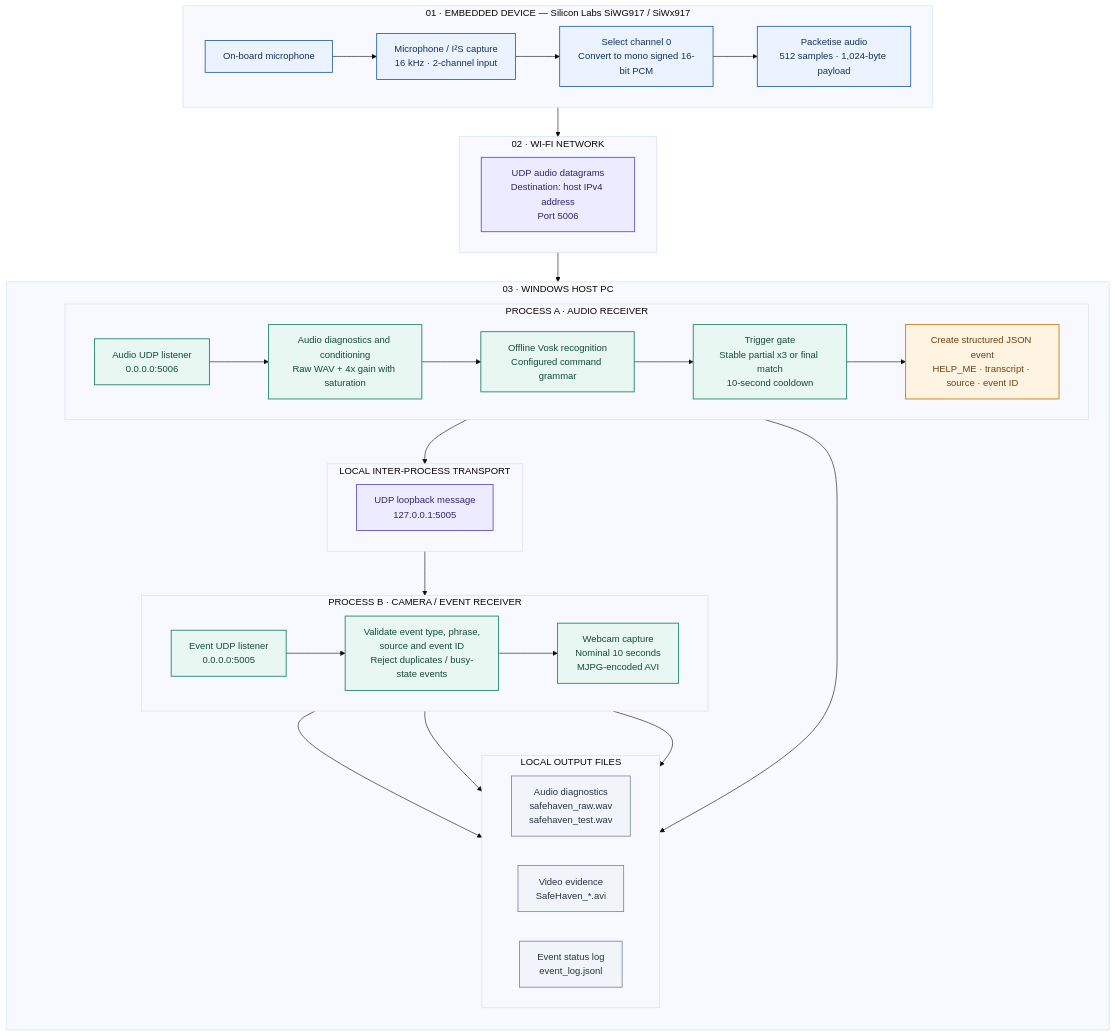
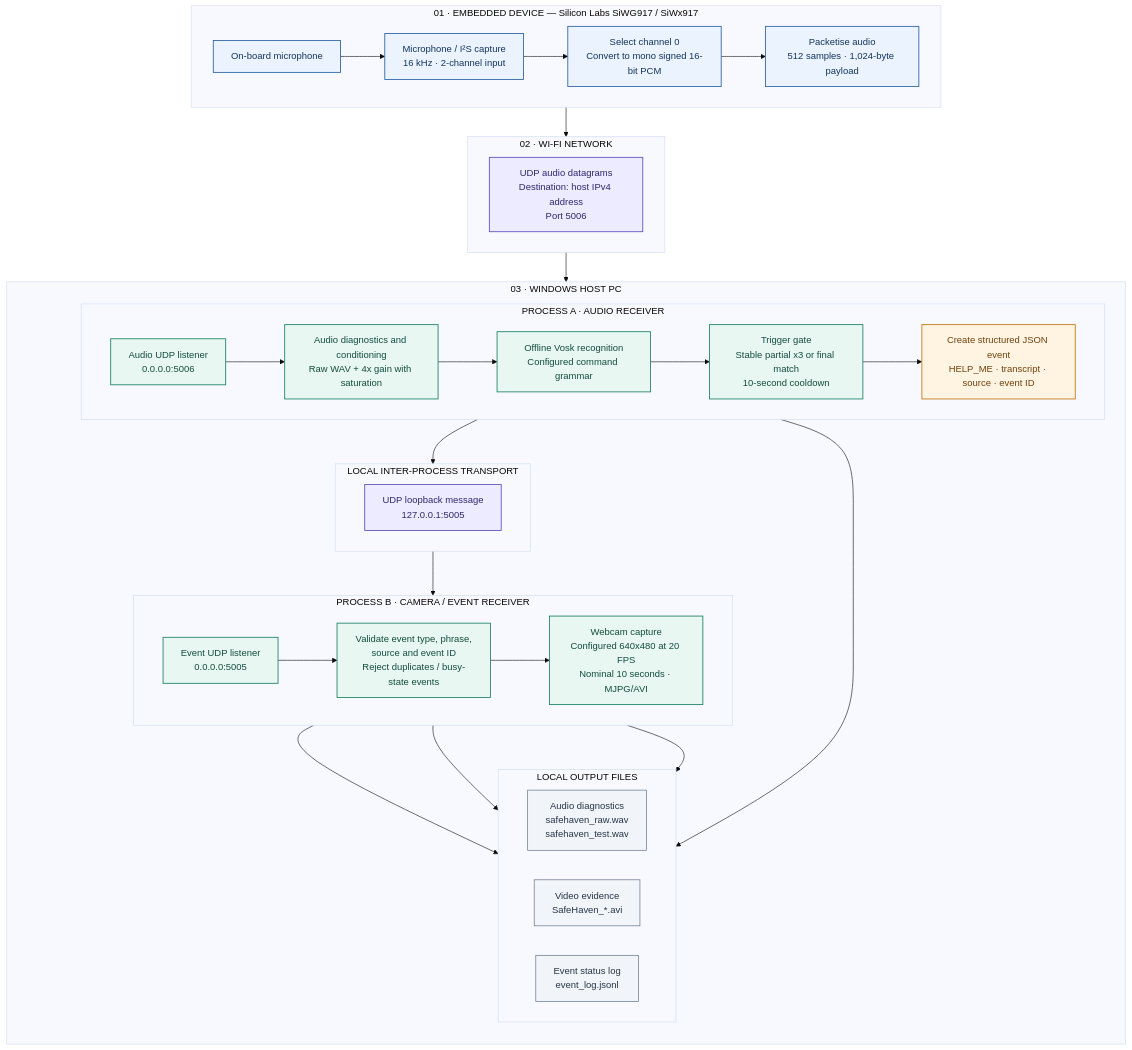
One commit to muralikrishnapalisetti/SiWG917-SafeHaven changed the first of 2 diagrams in README.md. Above: the diagram before and after it, drawn with Mermaid (base theme). The commit also changed other lines of this file, not shown here.

Commit message:
docs: refine trigger flow and architecture navigation

````diff
--- a/README.md
+++ b/README.md
@@ -140,65 +146,65 @@
 ```mermaid
 flowchart TB
     subgraph DEVICE["01 · EMBEDDED DEVICE — Silicon Labs SiWG917 / SiWx917"]
         direction LR
         MIC["On-board microphone"]
         CAP["Microphone / I²S capture<br/>16 kHz · 2-channel input"]
         PCM["Select channel 0<br/>Convert to mono signed 16-bit PCM"]
         PACK["Packetise audio<br/>512 samples · 1,024-byte payload"]
         MIC --> CAP --> PCM --> PACK
     end
 
     subgraph NETWORK["02 · WI-FI NETWORK"]
         direction LR
         UDP_AUDIO["UDP audio datagrams<br/>Destination: host IPv4 address<br/>Port 5006"]
     end
 
     subgraph HOST["03 · WINDOWS HOST PC"]
         direction TB
         subgraph AUDIO["PROCESS A · AUDIO RECEIVER"]
             direction LR
             RX["Audio UDP listener<br/>0.0.0.0:5006"]
             CONDITION["Audio diagnostics and conditioning<br/>Raw WAV + 4x gain with saturation"]
             RECOGNISE["Offline Vosk recognition<br/>Configured command grammar"]
             GATE["Trigger gate<br/>Stable partial x3 or final match<br/>10-second cooldown"]
             EVENT["Create structured JSON event<br/>HELP_ME · transcript · source · event ID"]
             RX --> CONDITION --> RECOGNISE --> GATE --> EVENT
         end
         subgraph IPC["LOCAL INTER-PROCESS TRANSPORT"]
             direction LR
             LOOPBACK["UDP loopback message<br/>127.0.0.1:5005"]
         end
         subgraph CAMERA["PROCESS B · CAMERA / EVENT RECEIVER"]
             direction LR
             EVENT_RX["Event UDP listener<br/>0.0.0.0:5005"]
             VALIDATE["Validate event type, phrase,<br/>source and event ID<br/>Reject duplicates / busy-state events"]
-            CAPTURE["Webcam capture<br/>Nominal 10 seconds<br/>MJPG-encoded AVI"]
+            CAPTURE["Webcam capture<br/>Configured 640x480 at 20 FPS<br/>Nominal 10 seconds · MJPG/AVI"]
             EVENT_RX --> VALIDATE --> CAPTURE
         end
         subgraph OUTPUTS["LOCAL OUTPUT FILES"]
             direction LR
             WAVS["Audio diagnostics<br/>safehaven_raw.wav<br/>safehaven_test.wav"]
             VIDEO["Video evidence<br/>SafeHaven_*.avi"]
             LOG["Event status log<br/>event_log.jsonl"]
         end
         EVENT --> LOOPBACK --> EVENT_RX
         CONDITION --> WAVS
         CAPTURE --> VIDEO
         VALIDATE --> LOG
         CAPTURE --> LOG
     end
 
     PACK --> UDP_AUDIO --> RX
 
     classDef device fill:#EAF3FF,stroke:#3167A8,color:#14345B,stroke-width:1.5px;
     classDef transport fill:#EDEBFF,stroke:#6554C0,color:#30256F,stroke-width:1.5px;
     classDef process fill:#E8F7F1,stroke:#23866A,color:#124C3D,stroke-width:1.5px;
     classDef event fill:#FFF3E1,stroke:#C47A1A,color:#70420D,stroke-width:1.5px;
     classDef output fill:#F1F4F8,stroke:#68778D,color:#263548,stroke-width:1.2px;
 
     class MIC,CAP,PCM,PACK device;
     class UDP_AUDIO,LOOPBACK transport;
     class RX,CONDITION,RECOGNISE,GATE,EVENT_RX,VALIDATE,CAPTURE process;
     class EVENT event;
     class WAVS,VIDEO,LOG output;
 ```
````
